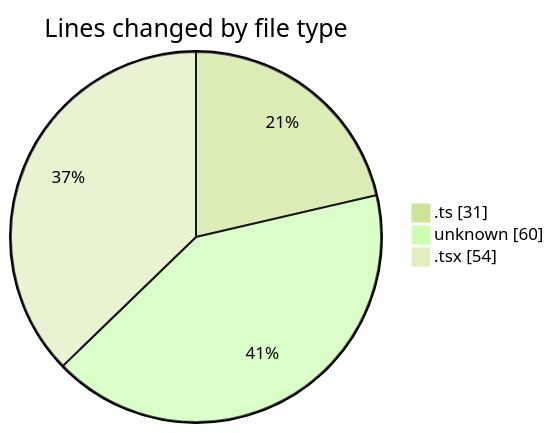
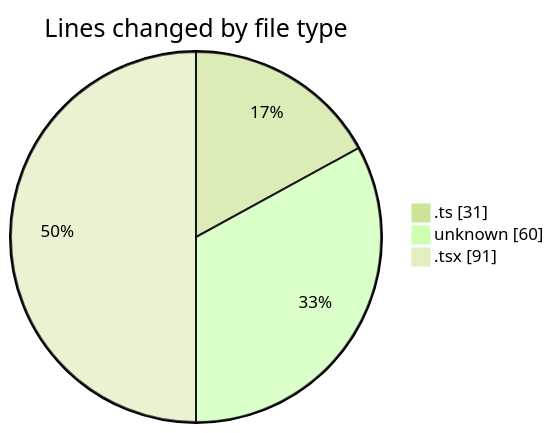
One commit to momahboobian/code-tracking changed the first of 2 diagrams in 2026-06-12/cda/README.md. Above: the diagram before and after it, drawn with Mermaid (forest theme). The commit also changed other lines of this file and 1 other file, not shown here.

````diff
--- a/2026-06-12/cda/README.md
+++ b/2026-06-12/cda/README.md
@@ -23,7 +23,7 @@
 ```mermaid
 pie showData
 title Lines changed by file type
 ".ts" : 31
 "unknown" : 60
-".tsx" : 54
+".tsx" : 91
 ```
````
